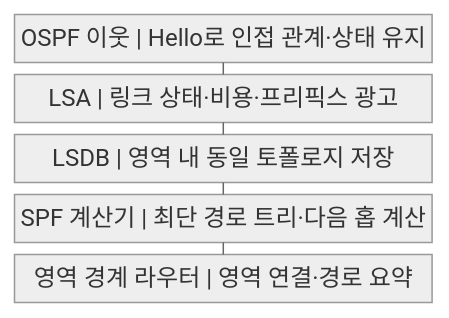
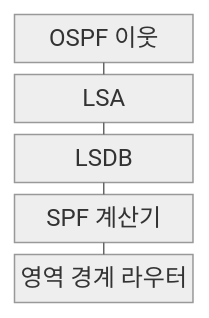
The first of 2 diagrams in src/content/docs/notes/04-network/011_ospf_link_state_routing.md (agnusdei1207/knowledge-base), drawn with Mermaid (neutral theme) before and after one commit. The commit also changed other lines of this file and 122 other files, not shown here.

````diff
--- a/src/content/docs/notes/04-network/011_ospf_link_state_routing.md
+++ b/src/content/docs/notes/04-network/011_ospf_link_state_routing.md
@@ -62,13 +62,13 @@
 ```mermaid
-block
+block-beta
     columns 1
-    A["OSPF 이웃 | Hello로 인접 관계·상태 유지"]
-    B["LSA | 링크 상태·비용·프리픽스 광고"]
-    C["LSDB | 영역 내 동일 토폴로지 저장"]
-    D["SPF 계산기 | 최단 경로 트리·다음 홉 계산"]
-    E["영역 경계 라우터 | 영역 연결·경로 요약"]
+    A["OSPF 이웃"]
+    B["LSA"]
+    C["LSDB"]
+    D["SPF 계산기"]
+    E["영역 경계 라우터"]
     A --- B
     B --- C
     C --- D
     D --- E
 ```
````
